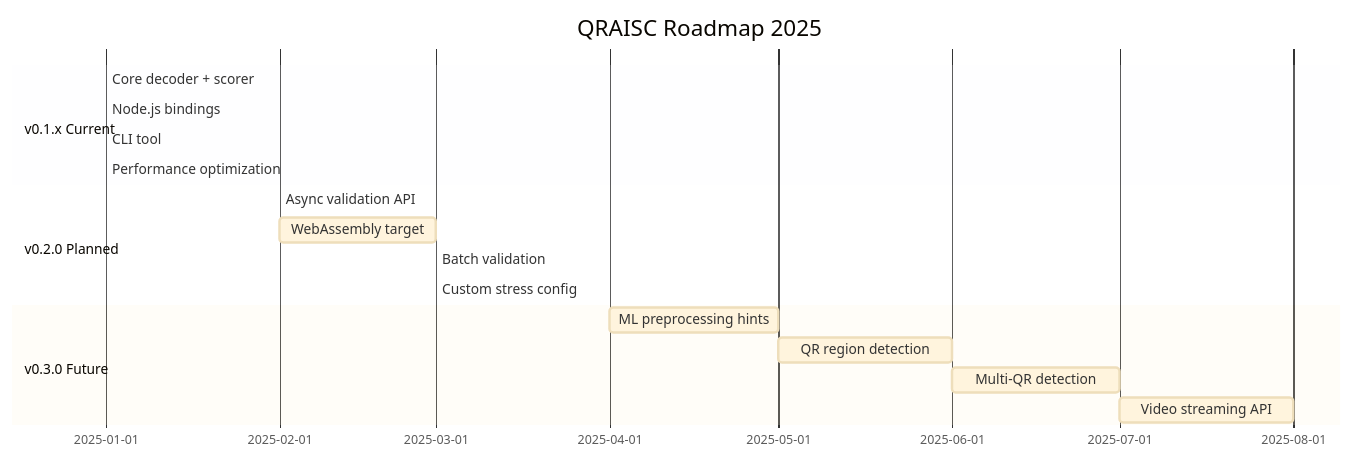
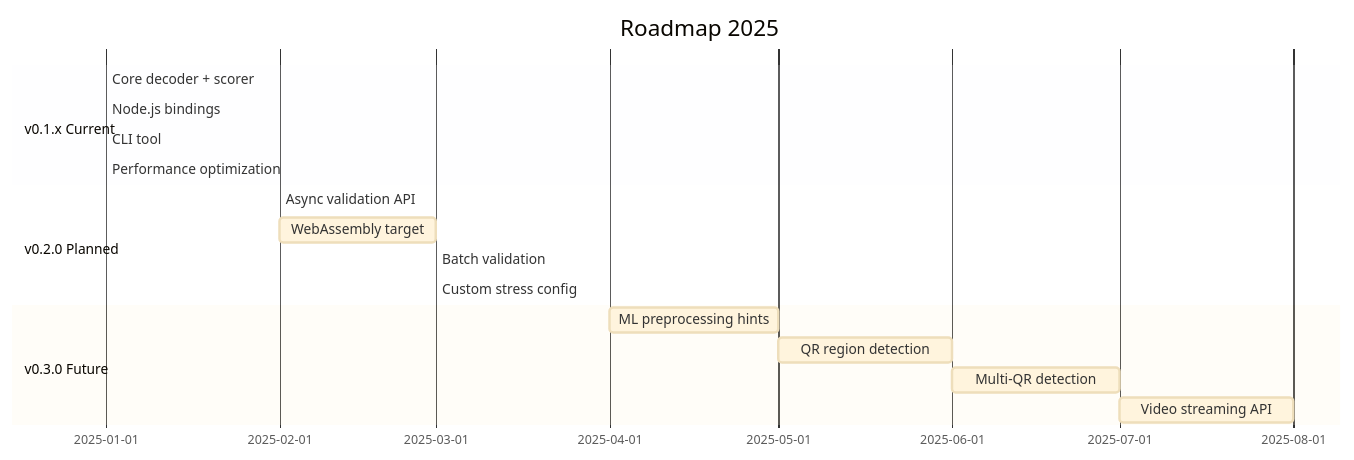
One commit to supernovae-ai/qrai-scanner changed the third of 3 diagrams in SPEC.md. Above: the diagram before and after it, drawn with Mermaid. The commit also changed other lines of this file and 1 other file, not shown here.

First line of the commit message:
docs: standardize naming to "QR Code AI Scanner"

````diff
--- a/SPEC.md
+++ b/SPEC.md
@@ -308,26 +308,26 @@
 ```mermaid
 %%{init: {'theme': 'base', 'themeVariables': {'lineColor': '#64748b'}}}%%
 gantt
-    accTitle: QRAISC Development Roadmap
+    accTitle: QR Code AI Scanner Development Roadmap
     accDescr: Timeline for upcoming features
-    title QRAISC Roadmap 2025
+    title Roadmap 2025
     dateFormat YYYY-MM
 
     section v0.1.x Current
     Core decoder + scorer       :done, v01, 2025-01, 2025-01
     Node.js bindings            :done, v01b, 2025-01, 2025-01
     CLI tool                    :done, v01c, 2025-01, 2025-01
     Performance optimization    :done, v01d, 2025-01, 2025-01
 
     section v0.2.0 Planned
     Async validation API        :v02a, 2025-02, 2025-02
     WebAssembly target          :v02b, 2025-02, 2025-03
     Batch validation            :v02c, 2025-03, 2025-03
     Custom stress config        :v02d, 2025-03, 2025-03
 
     section v0.3.0 Future
     ML preprocessing hints      :v03a, 2025-04, 2025-05
     QR region detection         :v03b, 2025-05, 2025-06
     Multi-QR detection          :v03c, 2025-06, 2025-07
     Video streaming API         :v03d, 2025-07, 2025-08
 ```
````
